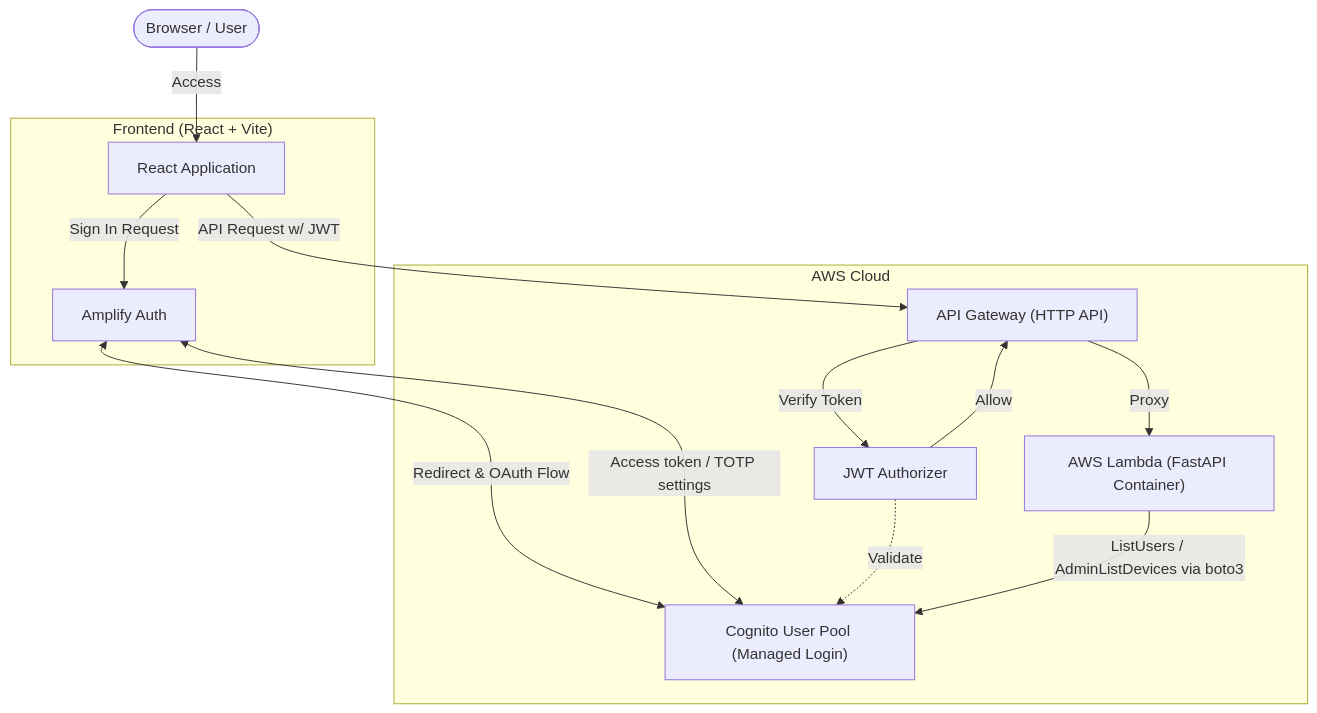
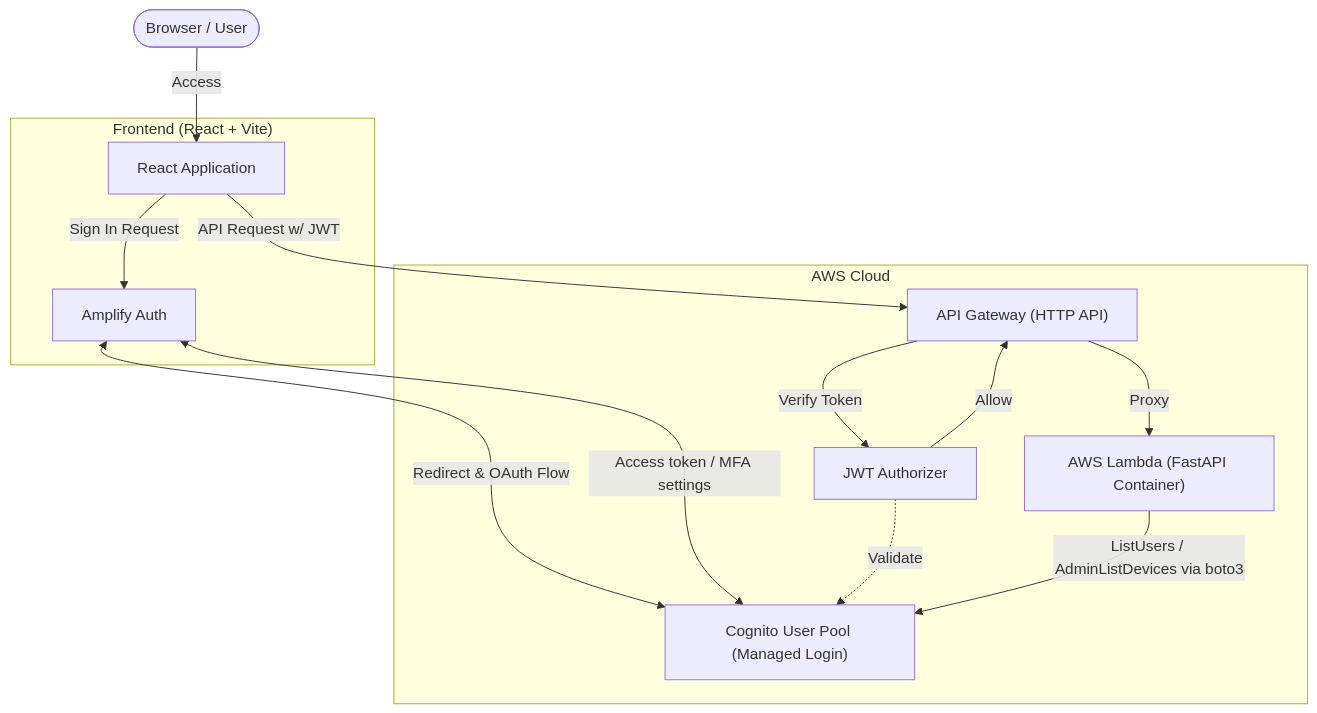
The first of 2 diagrams in docs/architecture.md (tayutaedomo/react-cognito-sandbox), drawn with Mermaid before and after one commit. The commit also changed other lines of this file and 30 other files, not shown here.

````diff
--- a/docs/architecture.md
+++ b/docs/architecture.md
@@ -21,27 +21,27 @@
 ```mermaid
 flowchart TD
     User([Browser / User])
 
     subgraph Frontend ["Frontend (React + Vite)"]
         App["React Application"]
         Amplify["Amplify Auth"]
     end
 
     subgraph AWS ["AWS Cloud"]
         Cognito["Cognito User Pool (Managed Login)"]
         APIGW["API Gateway (HTTP API)"]
         Authorizer["JWT Authorizer"]
         Lambda["AWS Lambda (FastAPI Container)"]
     end
 
     User -->|Access| App
     App -->|Sign In Request| Amplify
     Amplify <-->|Redirect & OAuth Flow| Cognito
-    Amplify <-->|Access token / TOTP settings| Cognito
+    Amplify <-->|Access token / MFA settings| Cognito
     App -->|API Request w/ JWT| APIGW
     APIGW -->|Verify Token| Authorizer
     Authorizer -.->|Validate| Cognito
     Authorizer -->|Allow| APIGW
     APIGW -->|Proxy| Lambda
     Lambda -->|ListUsers / AdminListDevices via boto3| Cognito
 ```
````
